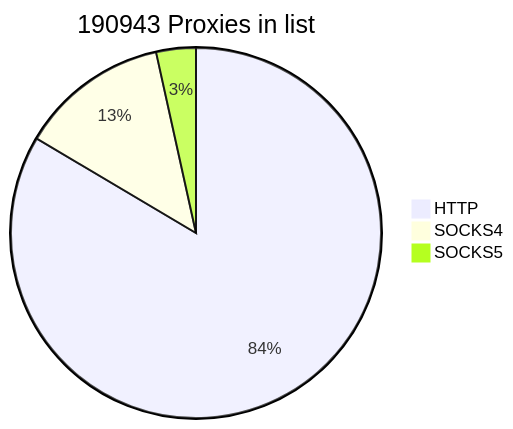
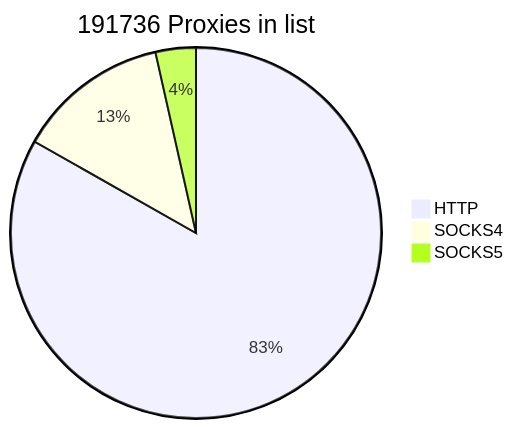
One commit to cutipu/proxylist changed the first of 2 diagrams in README.md. Above: the diagram before and after it, drawn with Mermaid. The commit also changed other lines of this file, not shown here.

````diff
--- a/README.md
+++ b/README.md
@@ -2,7 +2,7 @@
 ```mermaid
-pie title 190943 Proxies in list
-    "HTTP" : 159461
-    "SOCKS4" : 24876
-    "SOCKS5" : 6606
+pie title 191736 Proxies in list
+    "HTTP" : 159528
+    "SOCKS4" : 25467
+    "SOCKS5" : 6741
             
 ```
````
